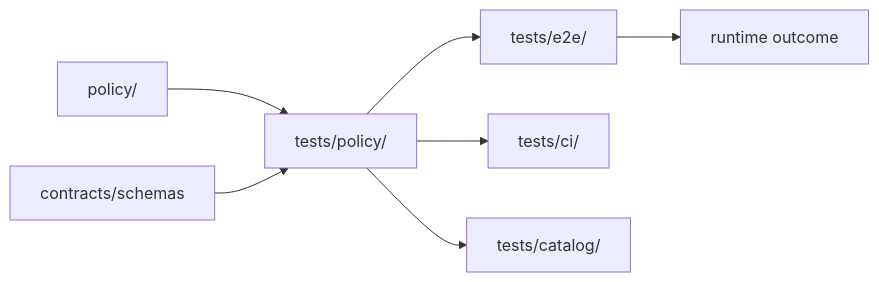
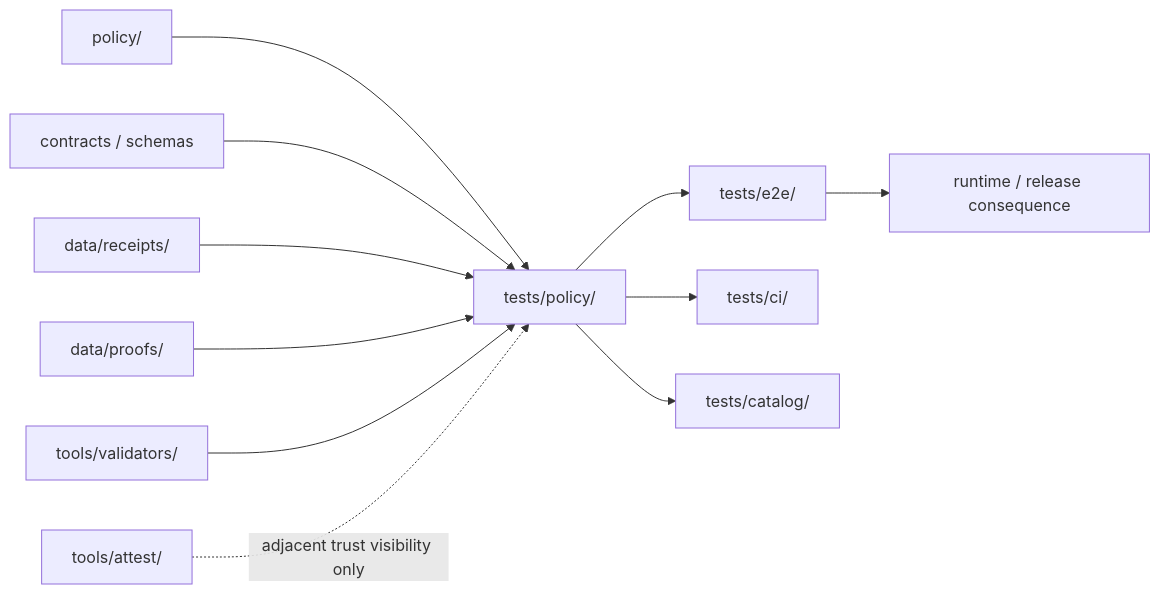
One commit to bartytime4life/Kansas-Frontier-Matrix changed the diagram in tests/policy/README.md. Above: the diagram before and after it, drawn with Mermaid. The commit also changed other lines of this file, not shown here.

````diff
--- a/tests/policy/README.md
+++ b/tests/policy/README.md
@@ -199,11 +465,15 @@
 ```mermaid
 flowchart LR
     P[policy/] --> TP[tests/policy/]
+    C[contracts / schemas] --> TP
+    DR[data/receipts/] --> TP
+    DP[data/proofs/] --> TP
+    V[tools/validators/] --> TP
+    A[tools/attest/] -. adjacent trust visibility only .-> TP
+
     TP --> E2E[tests/e2e/]
-
-    C[contracts/schemas] --> TP
     TP --> CI[tests/ci/]
     TP --> CAT[tests/catalog/]
 
-    E2E --> OUT[runtime outcome]
+    E2E --> OUT[runtime / release consequence]
 ```
````
